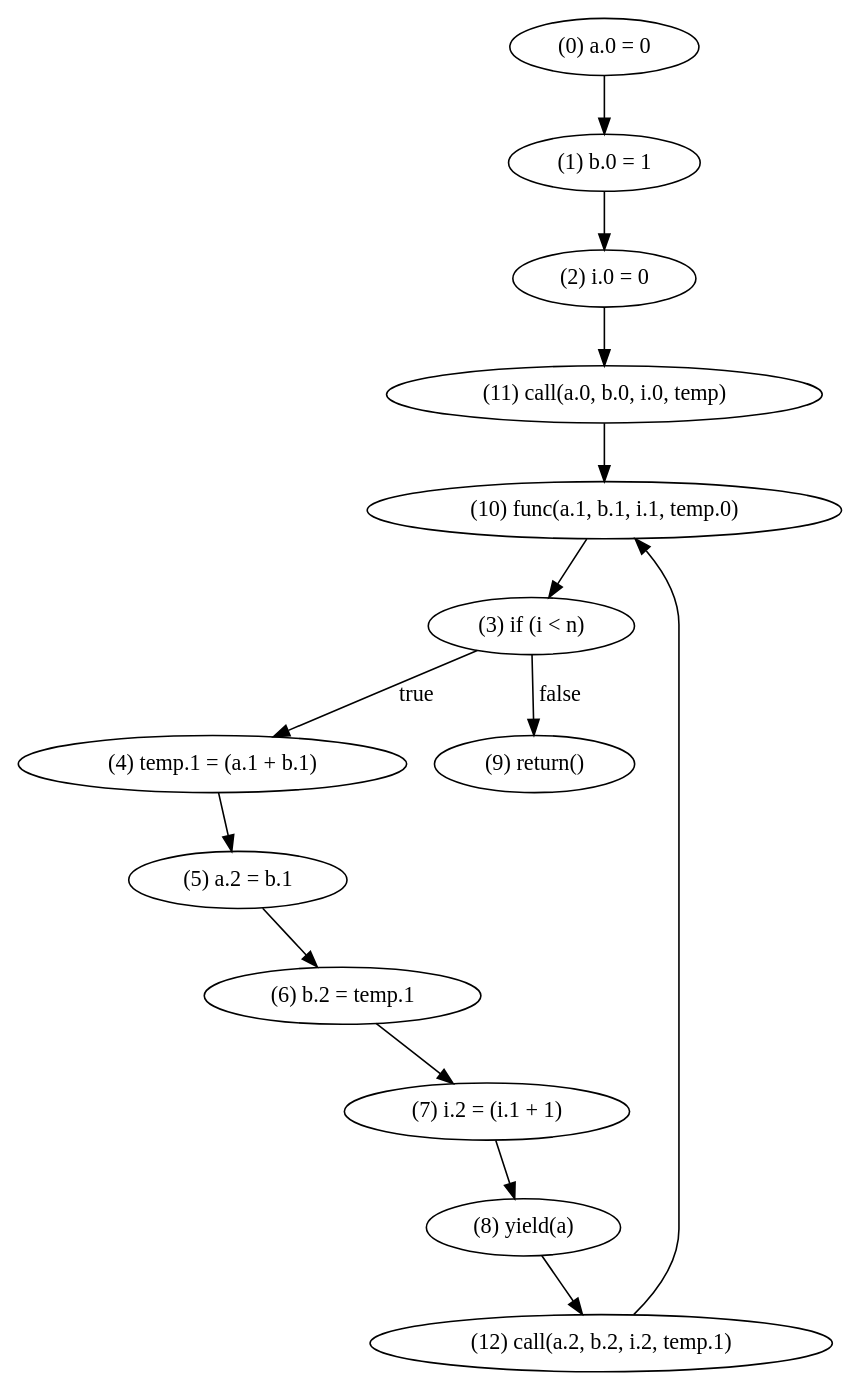
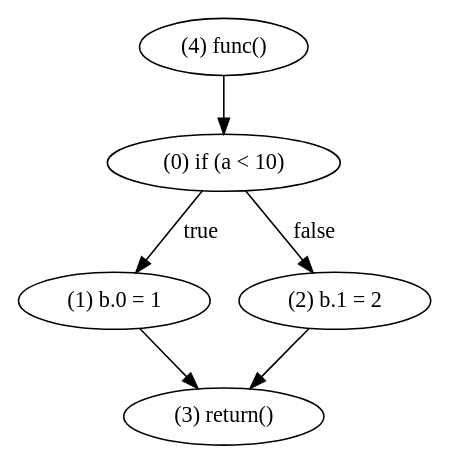
The diagram in crates/passes/make_ssa.dot (WorldofKerry/ToHDL), drawn with Graphviz before and after one commit. The commit also changed 3 other files, not shown here.

```diff
--- a/crates/passes/make_ssa.dot
+++ b/crates/passes/make_ssa.dot
@@ -1,28 +1,12 @@
 digraph {
-    0 [ label = "(0) a.0 = 0" ]
+    0 [ label = "(0) if (a < 10)" ]
     1 [ label = "(1) b.0 = 1" ]
-    2 [ label = "(2) i.0 = 0" ]
-    3 [ label = "(3) if (i < n)" ]
-    4 [ label = "(4) temp.1 = (a.1 + b.1)" ]
-    5 [ label = "(5) a.2 = b.1" ]
-    6 [ label = "(6) b.2 = temp.1" ]
-    7 [ label = "(7) i.2 = (i.1 + 1)" ]
-    8 [ label = "(8) yield(a)" ]
-    9 [ label = "(9) return()" ]
-    10 [ label = "(10) func(a.1, b.1, i.1, temp.0)" ]
-    11 [ label = "(11) call(a.0, b.0, i.0, temp)" ]
-    12 [ label = "(12) call(a.2, b.2, i.2, temp.1)" ]
-    0 -> 1 [ label = "" ]
-    1 -> 2 [ label = "" ]
-    2 -> 11 [ label = "" ]
-    3 -> 9 [ label = "false" ]
-    3 -> 4 [ label = "true" ]
-    4 -> 5 [ label = "" ]
-    5 -> 6 [ label = "" ]
-    6 -> 7 [ label = "" ]
-    7 -> 8 [ label = "" ]
-    8 -> 12 [ label = "" ]
-    10 -> 3 [ label = "" ]
-    11 -> 10 [ label = "" ]
-    12 -> 10 [ label = "" ]
+    2 [ label = "(2) b.1 = 2" ]
+    3 [ label = "(3) return()" ]
+    4 [ label = "(4) func()" ]
+    0 -> 2 [ label = "false" ]
+    0 -> 1 [ label = "true" ]
+    1 -> 3 [ label = "" ]
+    2 -> 3 [ label = "" ]
+    4 -> 0 [ label = "" ]
 }
```
